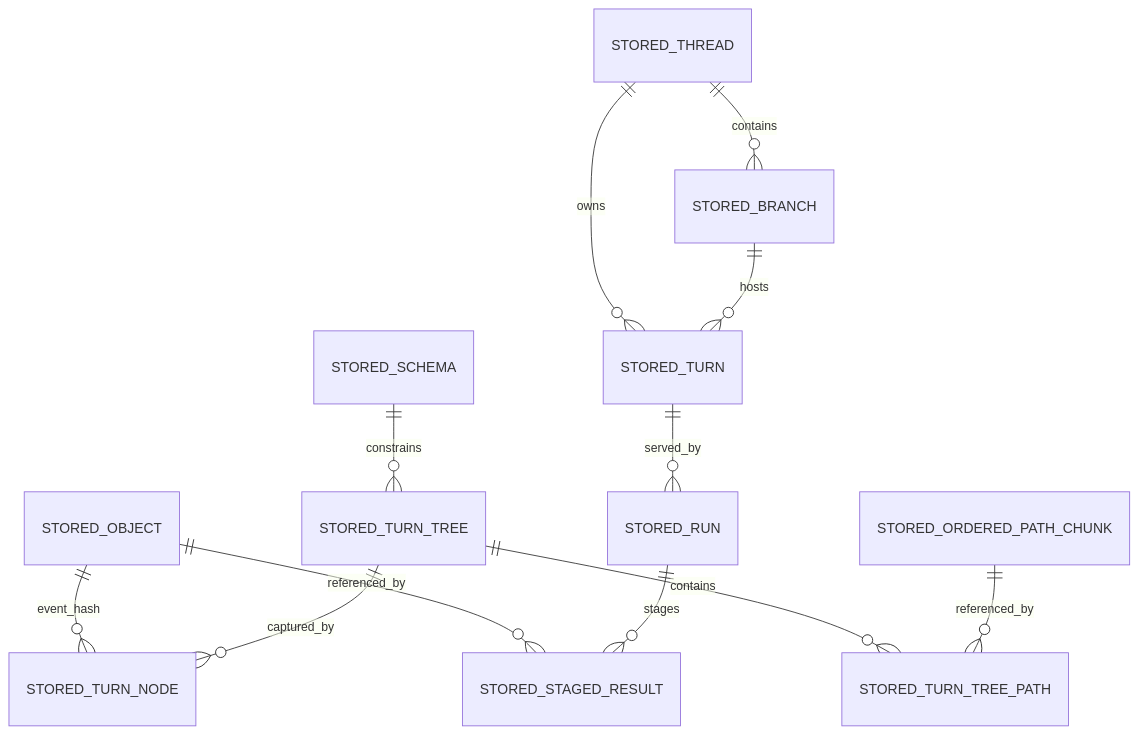
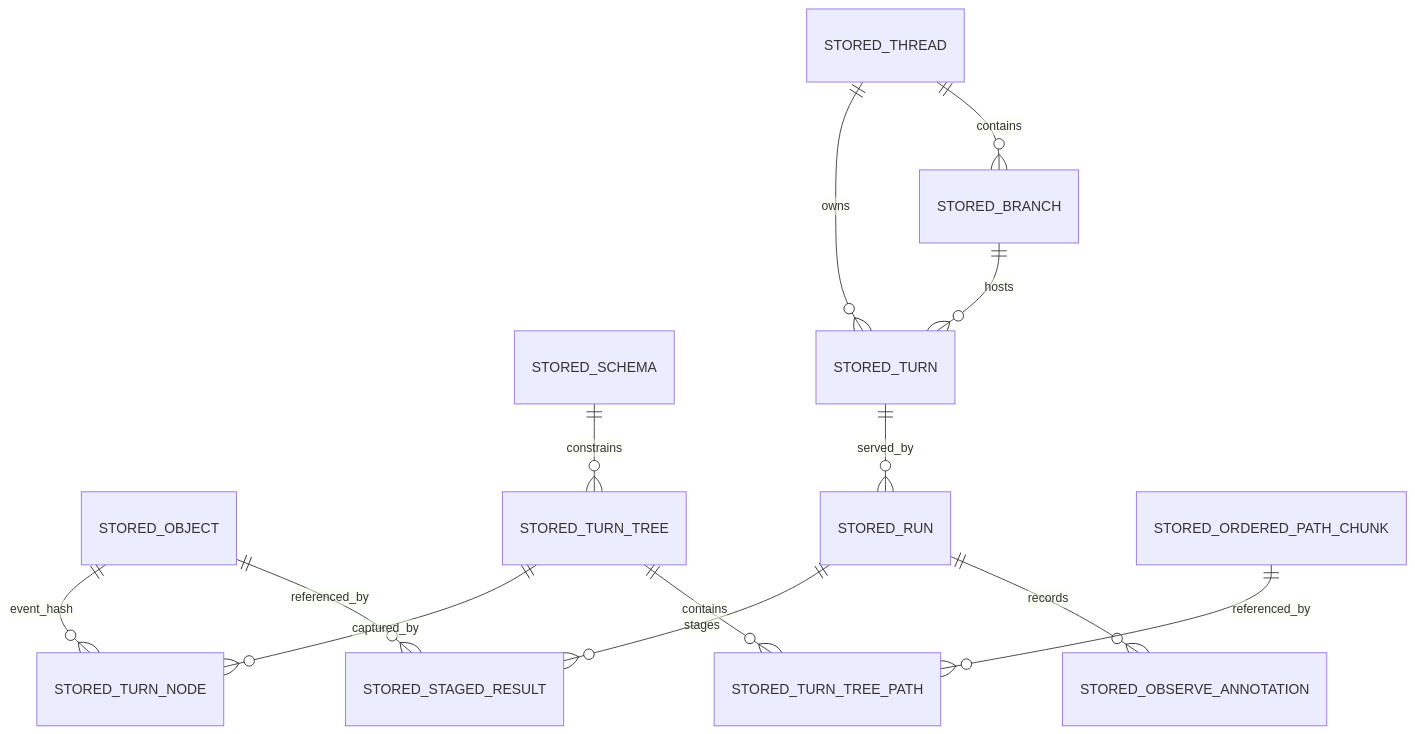
The diagram in constitution/TechSpec.md (Tuvren/framework), drawn with Mermaid before and after one commit. The commit also changed other lines of this file and 1 other file, not shown here.

````diff
--- a/constitution/TechSpec.md
+++ b/constitution/TechSpec.md
@@ -393,14 +401,15 @@
 ```mermaid
 erDiagram
   STORED_OBJECT ||--o{ STORED_STAGED_RESULT : referenced_by
   STORED_OBJECT ||--o{ STORED_TURN_NODE : event_hash
+  STORED_RUN ||--o{ STORED_OBSERVE_ANNOTATION : records
   STORED_SCHEMA ||--o{ STORED_TURN_TREE : constrains
   STORED_TURN_TREE ||--o{ STORED_TURN_TREE_PATH : contains
   STORED_ORDERED_PATH_CHUNK ||--o{ STORED_TURN_TREE_PATH : referenced_by
   STORED_TURN_TREE ||--o{ STORED_TURN_NODE : captured_by
   STORED_THREAD ||--o{ STORED_BRANCH : contains
   STORED_THREAD ||--o{ STORED_TURN : owns
   STORED_BRANCH ||--o{ STORED_TURN : hosts
   STORED_TURN ||--o{ STORED_RUN : served_by
   STORED_RUN ||--o{ STORED_STAGED_RESULT : stages
 ```
````
